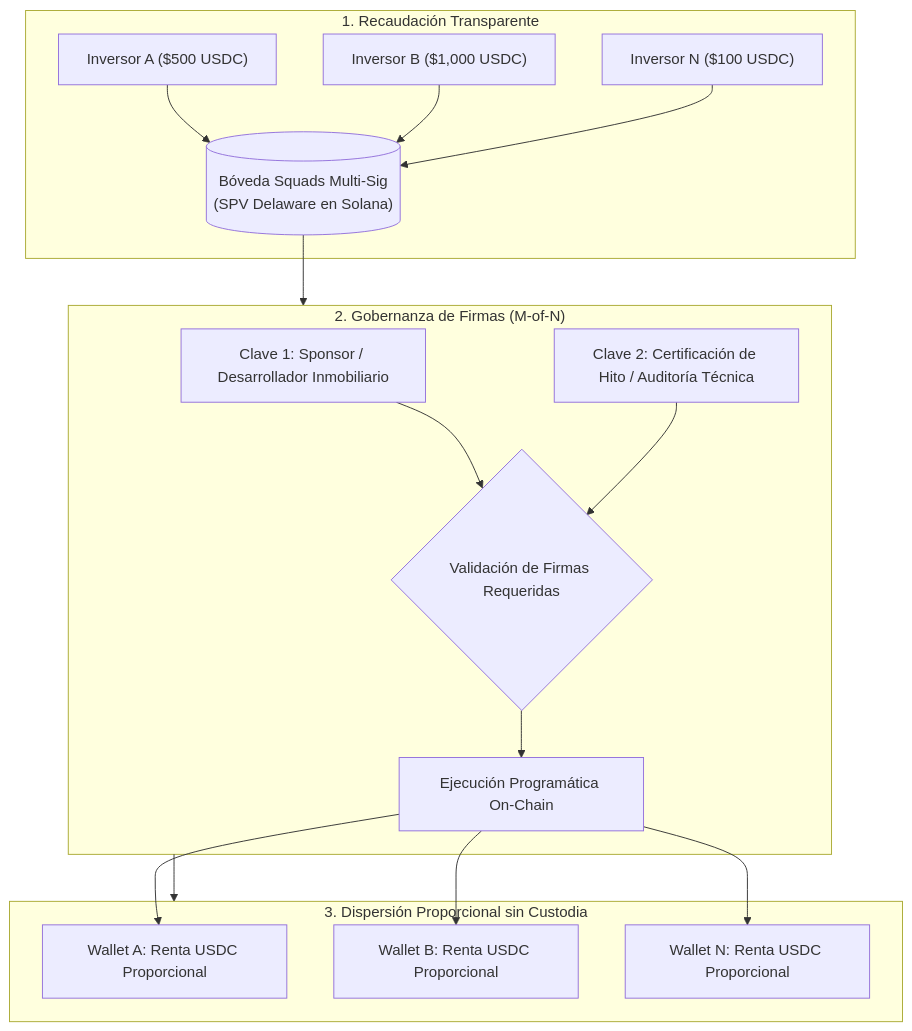
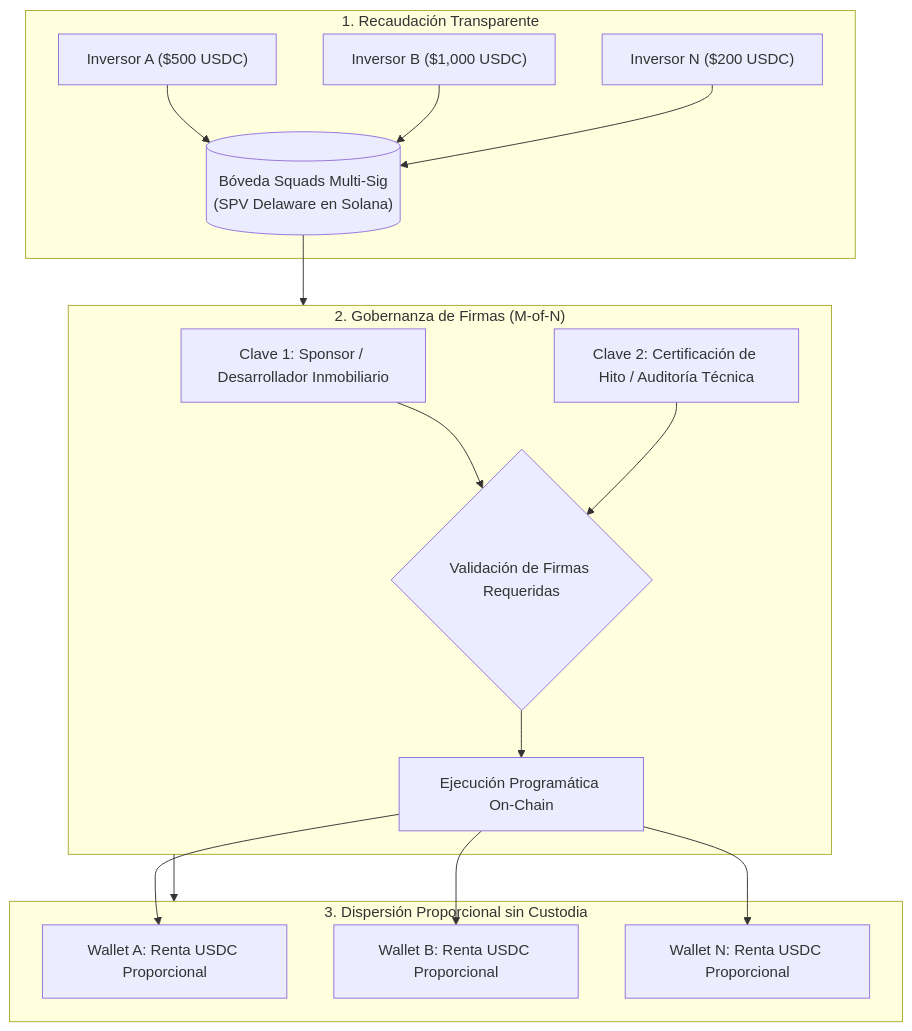
The diagram in BRIDS-Brain/01 Negocio/01 Estrategia & Modelo/Business Concepts/concept-multisig-treasury-governance.md (jeisonsosablockdev/BRIDS-KNOWLEDGE-FORT), drawn with Mermaid before and after one commit. The commit also changed other lines of this file and 16 other files, not shown here.

````diff
--- a/BRIDS-Brain/01 Negocio/01 Estrategia & Modelo/Business Concepts/concept-multisig-treasury-governance.md
+++ b/BRIDS-Brain/01 Negocio/01 Estrategia & Modelo/Business Concepts/concept-multisig-treasury-governance.md
@@ -45,24 +46,24 @@
 ```mermaid
 flowchart TD
     subgraph Recaudacion["1. Recaudación Transparente"]
         Inv1["Inversor A ($500 USDC)"] --> Boveda
         Inv2["Inversor B ($1,000 USDC)"] --> Boveda
-        Inv3["Inversor N ($100 USDC)"] --> Boveda
+        Inv3["Inversor N ($200 USDC)"] --> Boveda
         Boveda[("Bóveda Squads Multi-Sig<br/>(SPV Delaware en Solana)")]
     end
 
     subgraph Gobernanza["2. Gobernanza de Firmas (M-of-N)"]
         K1["Clave 1: Sponsor / Desarrollador Inmobiliario"] --> Auth{"Validación de Firmas Requeridas"}
         K2["Clave 2: Certificación de Hito / Auditoría Técnica"] --> Auth
         Auth --> Release["Ejecución Programática On-Chain"]
     end
 
     subgraph Dispersion["3. Dispersión Proporcional sin Custodia"]
         Release --> Out1["Wallet A: Renta USDC Proporcional"]
         Release --> Out2["Wallet B: Renta USDC Proporcional"]
         Release --> Out3["Wallet N: Renta USDC Proporcional"]
     end
 
     Boveda --> Gobernanza
     Gobernanza --> Dispersion
 ```
````
